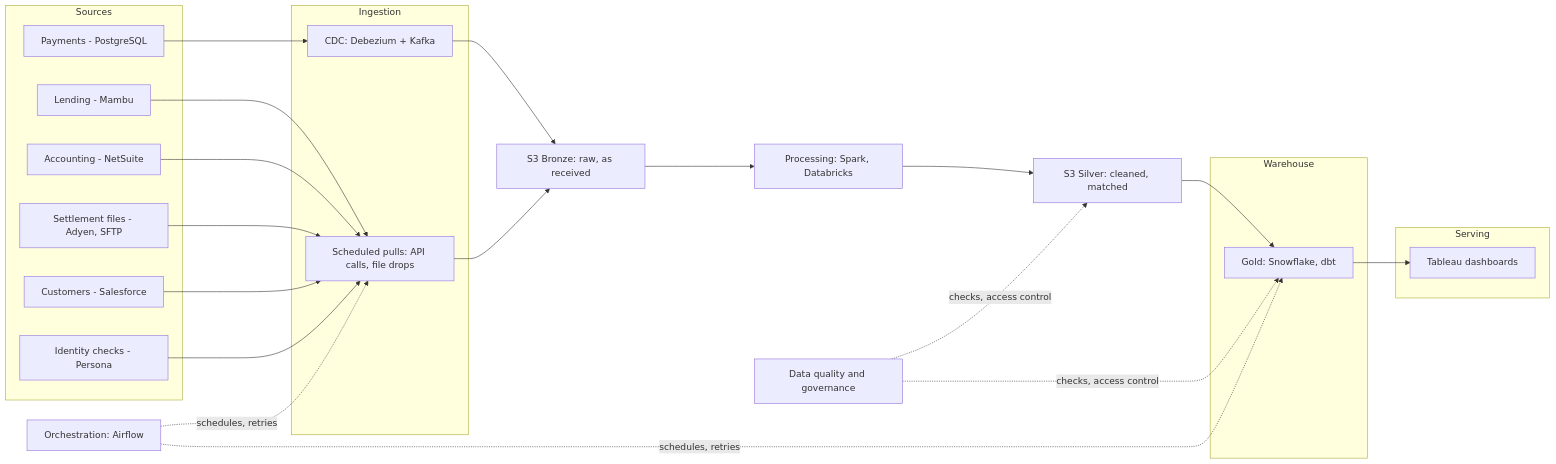
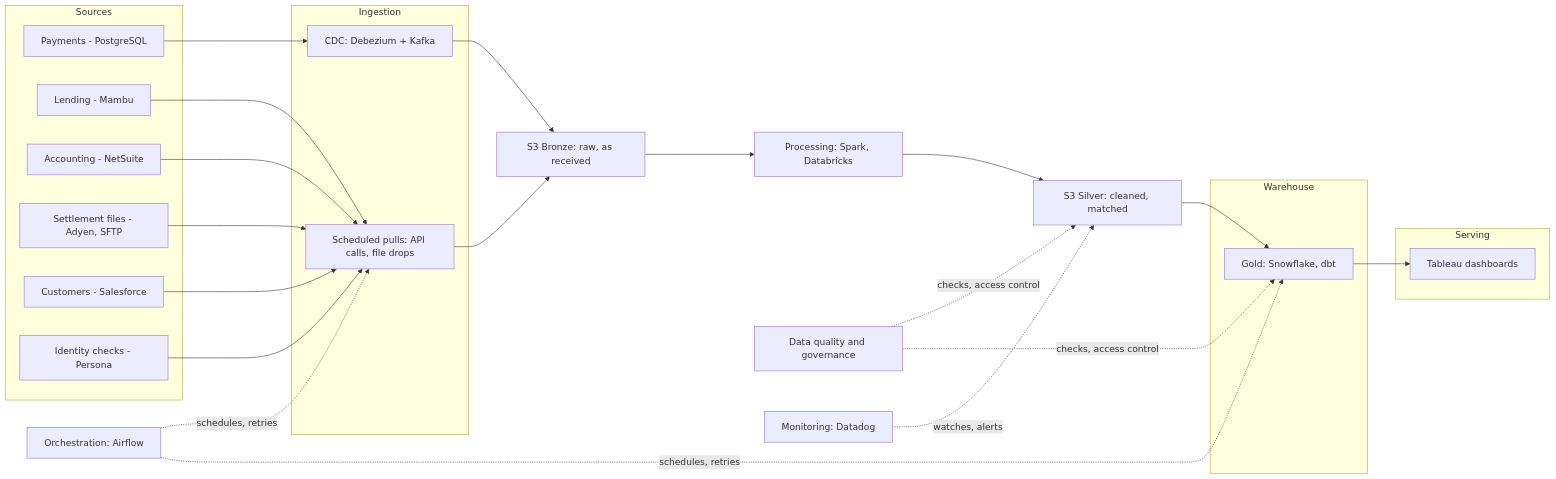
One commit to CapMushi/CloseThatCall changed the diagram in project-stories/fintech/01-pipeline-overview.md. Above: the diagram before and after it, drawn with Mermaid. The commit also changed other lines of this file and 10 other files, not shown here.

````diff
--- a/project-stories/fintech/01-pipeline-overview.md
+++ b/project-stories/fintech/01-pipeline-overview.md
@@ -5,49 +5,51 @@
 ```mermaid
 flowchart LR
     subgraph Sources
         S1[Payments - PostgreSQL]
         S2[Lending - Mambu]
         S3[Accounting - NetSuite]
         S4[Settlement files - Adyen, SFTP]
         S5[Customers - Salesforce]
         S6[Identity checks - Persona]
     end
 
     subgraph Ingestion
         I1[CDC: Debezium + Kafka]
         I2[Scheduled pulls: API calls, file drops]
     end
 
     L1[S3 Bronze: raw, as received]
     P1[Processing: Spark, Databricks]
     L2[S3 Silver: cleaned, matched]
 
     subgraph Warehouse
         W1[Gold: Snowflake, dbt]
     end
 
     subgraph Serving
         V1[Tableau dashboards]
     end
 
     ORCH[Orchestration: Airflow]
     GOV[Data quality and governance]
+    MON[Monitoring: Datadog]
 
     S1 --> I1
     S2 --> I2
     S3 --> I2
     S4 --> I2
     S5 --> I2
     S6 --> I2
 
     I1 --> L1
     I2 --> L1
     L1 --> P1 --> L2
     L2 --> W1 --> V1
 
     ORCH -.->|schedules, retries| I2
     ORCH -.->|schedules, retries| W1
 
     GOV -.->|checks, access control| L2
     GOV -.->|checks, access control| W1
+    MON -.->|watches, alerts| L2
 ```
````
